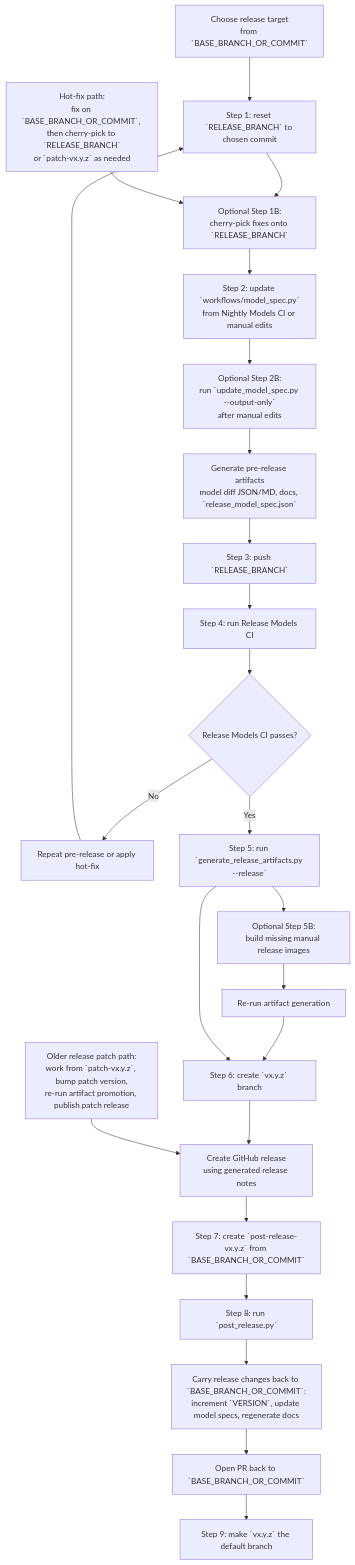
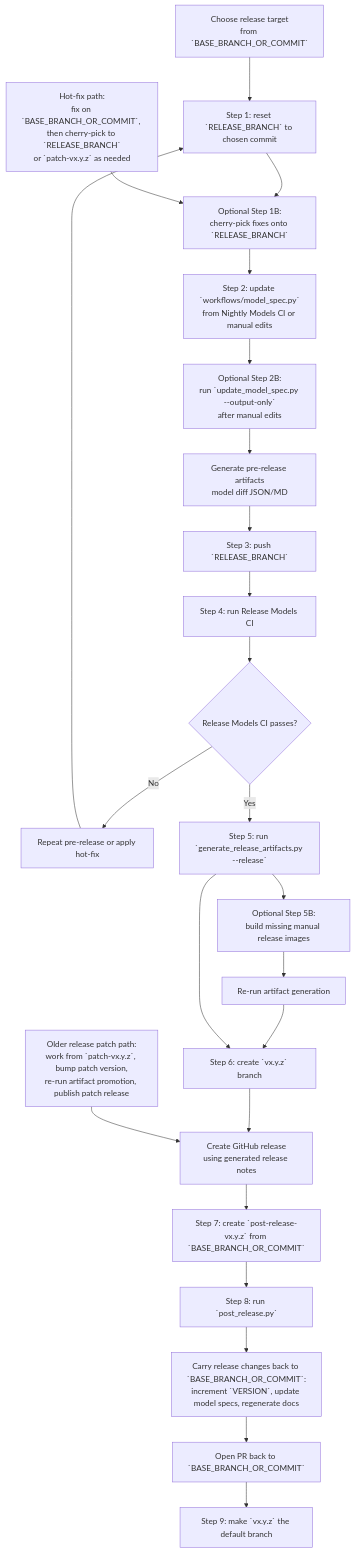
Before and after one commit to tenstorrent/tt-inference-server: the diagram in scripts/release/README.md, drawn with Mermaid. The commit also changed other lines of this file and 12 other files, not shown here.

Commit message:
update pre-release process

````diff
--- a/scripts/release/README.md
+++ b/scripts/release/README.md
@@ -45,30 +45,30 @@
 ```mermaid
 flowchart TD
   start["Choose release target<br/>from `BASE_BRANCH_OR_COMMIT`"] --> RELEASE_BRANCH["Step 1: reset `RELEASE_BRANCH` to chosen commit"]
   RELEASE_BRANCH --> cherry["Optional Step 1B:<br/>cherry-pick fixes onto `RELEASE_BRANCH`"]
   cherry --> modelSpec["Step 2: update `workflows/model_spec.py`<br/>from Nightly Models CI or manual edits"]
   modelSpec --> outputOnly["Optional Step 2B:<br/>run `update_model_spec.py --output-only`<br/>after manual edits"]
-  outputOnly --> prereleaseArtifacts["Generate pre-release artifacts<br/>model diff JSON/MD, docs, `release_model_spec.json`"]
+  outputOnly --> prereleaseArtifacts["Generate pre-release artifacts<br/>model diff JSON/MD"]
   prereleaseArtifacts --> pushStable["Step 3: push `RELEASE_BRANCH`"]
   pushStable --> releaseCi["Step 4: run Release Models CI"]
 
   releaseCi --> ciGate{"Release Models CI passes?"}
   ciGate -->|"No"| retry["Repeat pre-release or apply hot-fix"]
   retry --> RELEASE_BRANCH
   ciGate -->|"Yes"| releaseArtifacts["Step 5: run `generate_release_artifacts.py --release`"]
 
   releaseArtifacts --> manualImages["Optional Step 5B:<br/>build missing manual release images"]
   manualImages --> regenerate["Re-run artifact generation"]
   regenerate --> branchRelease["Step 6: create `vx.y.z` branch"]
   releaseArtifacts --> branchRelease
   branchRelease --> githubRelease["Create GitHub release<br/>using generated release notes"]
 
   githubRelease --> postBranch["Step 7: create `post-release-vx.y.z` from `BASE_BRANCH_OR_COMMIT`"]
   postBranch --> postRelease["Step 8: run `post_release.py`"]
   postRelease --> carryForward["Carry release changes back to `BASE_BRANCH_OR_COMMIT`:<br/>increment `VERSION`, update model specs, regenerate docs"]
   carryForward --> prMain["Open PR back to `BASE_BRANCH_OR_COMMIT`"]
   prMain --> defaultBranch["Step 9: make `vx.y.z` the default branch"]
 
   hotfix["Hot-fix path:<br/>fix on `BASE_BRANCH_OR_COMMIT`, then cherry-pick to `RELEASE_BRANCH`<br/>or `patch-vx.y.z` as needed"] --> cherry
   olderPatch["Older release patch path:<br/>work from `patch-vx.y.z`, bump patch version,<br/>re-run artifact promotion, publish patch release"] --> githubRelease
 ```
````
